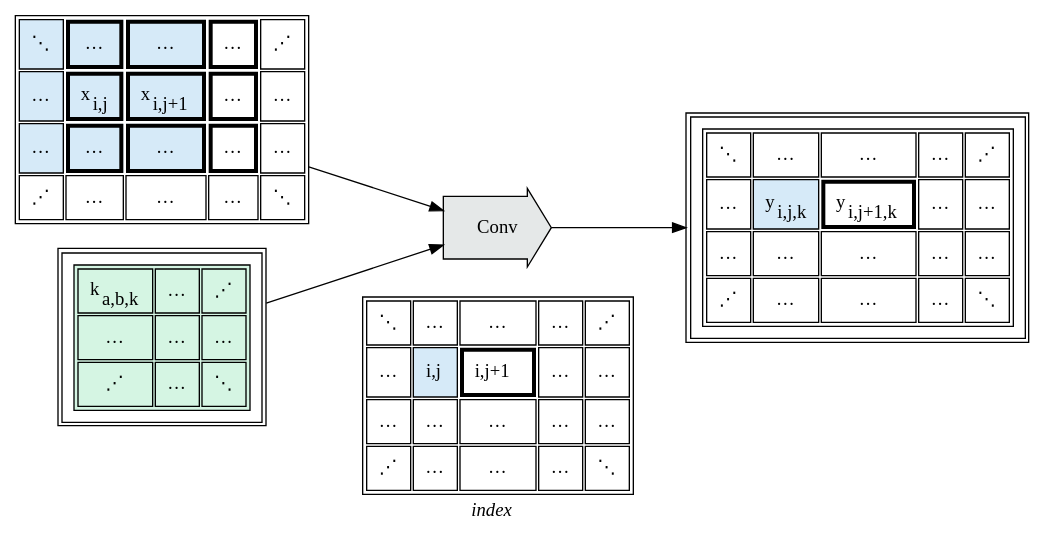
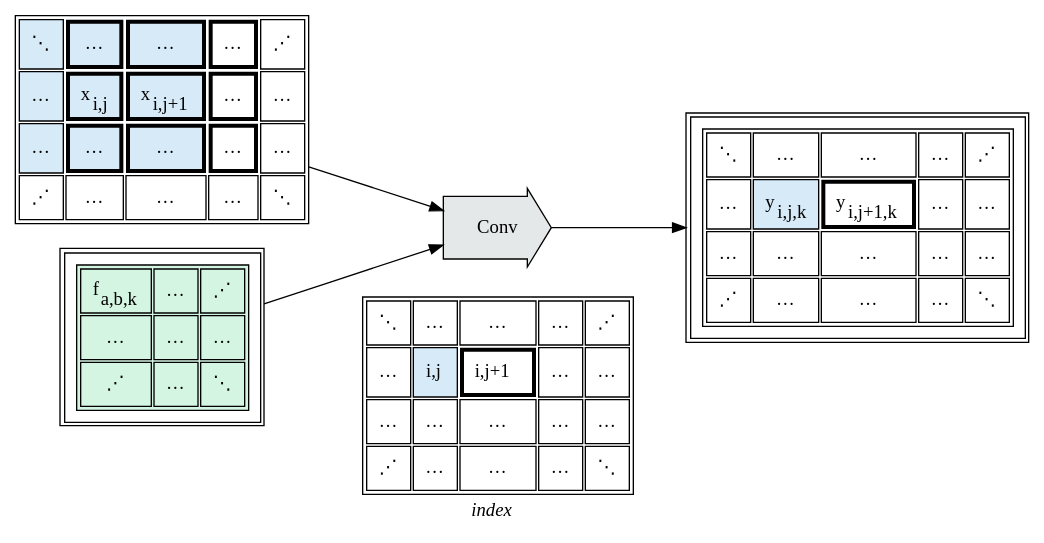
The diagram in media/graphs/conv.f1.dot.gv (crutcher/tapestry-legacy), drawn with Graphviz before and after one commit. The commit also changed 5 other files, not shown here.

```diff
--- a/media/graphs/conv.f1.dot.gv
+++ b/media/graphs/conv.f1.dot.gv
@@ -1,164 +1,164 @@
 digraph G {
   rankdir=LR;
 
   idx [
     shape="plain",
     label=<
         <table border="0">
     <tr><td>
 
       <table cellpadding="8">
           <tr>
               <td>⋱</td>
               <td>…</td>
               <td>…</td>
               <td>…</td>
               <td>⋰</td>
               </tr>
           <tr>
               <td>…</td>
               <td bgcolor="#D6EAF8">i,j</td>
               <td border="3">i,j+1</td>
               <td>…</td>
               <td>…</td>
               </tr>
           <tr>
               <td>…</td>
               <td>…</td>
               <td>…</td>
               <td>…</td>
               <td>…</td>
               </tr>
           <tr>
               <td>⋰</td>
               <td>…</td>
               <td>…</td>
               <td>…</td>
               <td>⋱</td>
               </tr>
           </table>
 	</td></tr>
 
     <tr><td><i>index</i></td></tr>
           </table>
     >,
   ];
 
   X [
       shape="plain",
       label=<
       <table cellpadding="8">
           <tr>
               <td bgcolor="#D6EAF8">⋱</td>
               <td border="3" bgcolor="#D6EAF8">…</td>
               <td border="3" bgcolor="#D6EAF8">…</td>
               <td border="3">…</td>
               <td>⋰</td>
               </tr>
           <tr>
               <td bgcolor="#D6EAF8">…</td>
               <td border="3" bgcolor="#D6EAF8">x<sub>i,j</sub></td>
               <td border="3" bgcolor="#D6EAF8">x<sub>i,j+1</sub></td>
               <td border="3">…</td>
               <td>…</td>
               </tr>
           <tr>
               <td bgcolor="#D6EAF8">…</td>
               <td border="3" bgcolor="#D6EAF8">…</td>
               <td border="3" bgcolor="#D6EAF8">…</td>
               <td border="3">…</td>
               <td>…</td>
               </tr>
           <tr>
               <td>⋰</td>
               <td>…</td>
               <td>…</td>
               <td>…</td>
               <td>⋱</td>
               </tr>
           </table>
       >,
   ];
 
-  K [
+  F [
       shape="plain",
       label=<
       <table cellpadding="8">
         <tr><td>
       <table bgcolor="#D5F5E3" cellpadding="8">
           <tr>
-              <td >k<sub>a,b,k</sub></td>
+              <td >f<sub>a,b,k</sub></td>
               <td >…</td>
               <td>⋰</td>
               </tr>
           <tr>
               <td>…</td>
               <td>…</td>
               <td>…</td>
               </tr>
           <tr>
           	<td>⋰</td>
               <td>…</td>
           	<td>⋱</td>
               </tr>
           </table>
 	  </td></tr>
         </table>
       >,
   ];
 
   Conv [
       shape=rarrow,
       style=filled,
       fillcolor="#E5E8E8",
       margin=0.3
   ];
 
   Y [
       shape="plain",
       label=<
       <table cellpadding="8">
         <tr><td>
 
       <table cellpadding="8">
           <tr>
               <td>⋱</td>
               <td>…</td>
               <td>…</td>
               <td>…</td>
               <td>⋰</td>
               </tr>
           <tr>
               <td>…</td>
               <td bgcolor="#D6EAF8">y<sub>i,j,k</sub></td>
               <td border="3">y<sub>i,j+1,k</sub></td>
               <td>…</td>
               <td>…</td>
               </tr>
           <tr>
               <td>…</td>
               <td>…</td>
               <td>…</td>
               <td>…</td>
               <td>…</td>
               </tr>
           <tr>
               <td>⋰</td>
               <td>…</td>
               <td>…</td>
               <td>…</td>
               <td>⋱</td>
               </tr>
           </table>
 
 	  </td></tr>
         </table>
       >,
   ];
 
   X -> Conv;
-  K -> Conv;
+  F -> Conv;
   Conv -> Y;
 
   { rank=same; idx; Conv; }
 }
```
